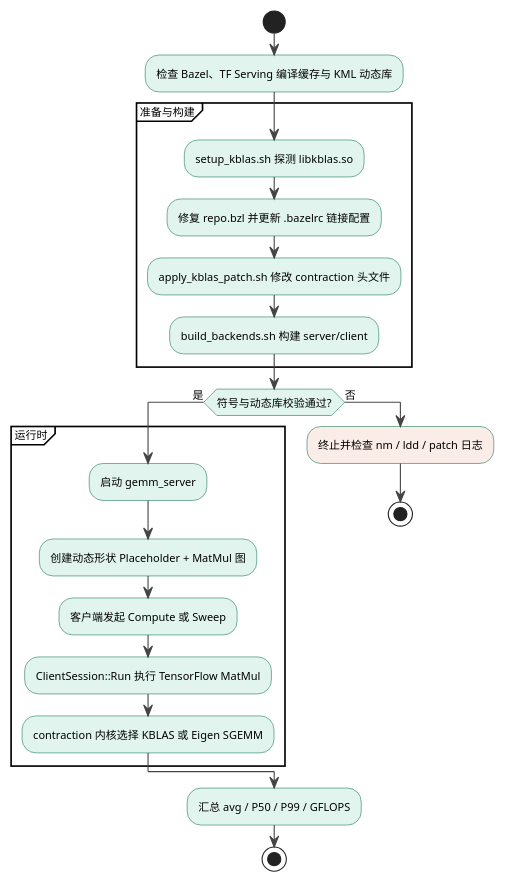
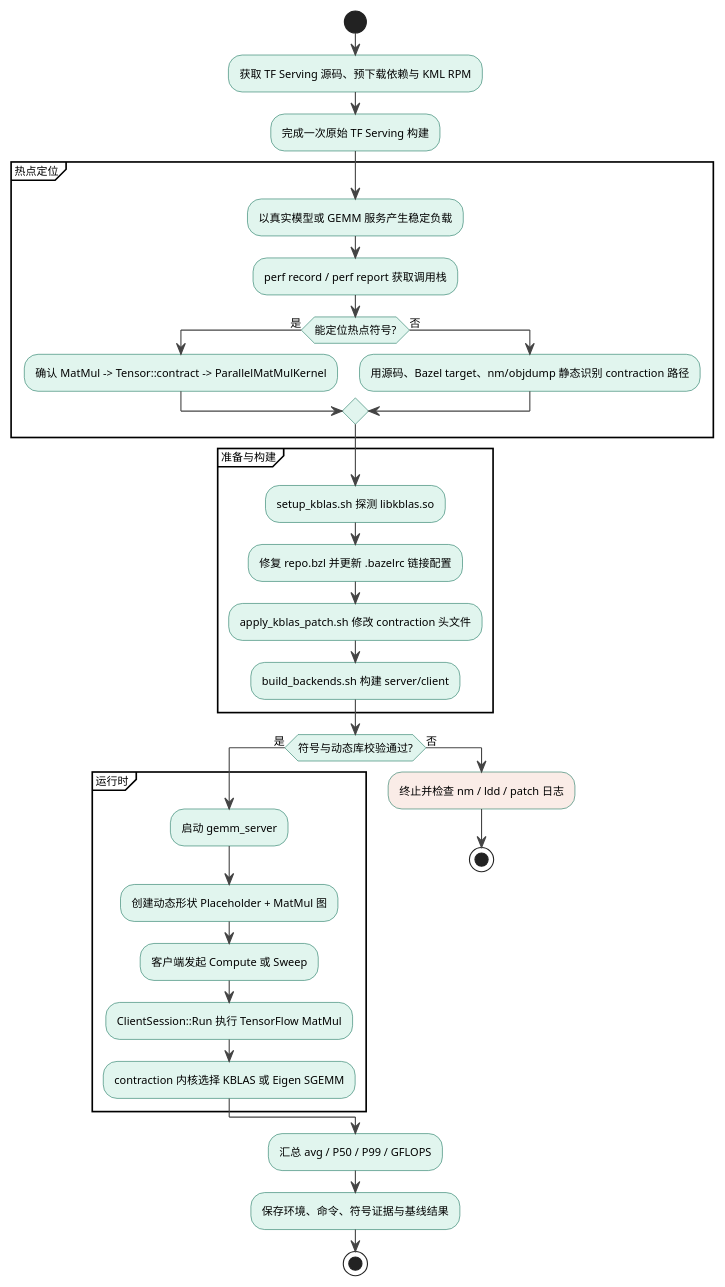
The first of 10 diagrams in references/detailed-design.md (wlmnzf40/kblas-gemm-tuning), drawn with PlantUML before and after one commit. The commit also changed other lines of this file, not shown here.

Commit message:
docs: complete KML replacement workflow

````diff
--- a/references/detailed-design.md
+++ b/references/detailed-design.md
@@ -36,37 +36,49 @@
 ```plantuml
 @startuml
 skinparam defaultFontName "Microsoft YaHei"
 skinparam defaultFontSize 10
 skinparam ActivityBackgroundColor #E1F5EE
 skinparam ActivityBorderColor #0F6E56
 skinparam ArrowColor #444444
 skinparam DiamondBackgroundColor #FAEEDA
 skinparam DiamondBorderColor #854F0B
 
 start
-:检查 Bazel、TF Serving 编译缓存与 KML 动态库;
+:获取 TF Serving 源码、预下载依赖与 KML RPM;
+:完成一次原始 TF Serving 构建;
+
+partition "热点定位" {
+  :以真实模型或 GEMM 服务产生稳定负载;
+  :perf record / perf report 获取调用栈;
+  if (能定位热点符号?) then (是)
+    :确认 MatMul -> Tensor::contract -> ParallelMatMulKernel;
+  else (否)
+    :用源码、Bazel target、nm/objdump 静态识别 contraction 路径;
+  endif
+}
 
 partition "准备与构建" {
   :setup_kblas.sh 探测 libkblas.so;
   :修复 repo.bzl 并更新 .bazelrc 链接配置;
   :apply_kblas_patch.sh 修改 contraction 头文件;
   :build_backends.sh 构建 server/client;
 }
 
 if (符号与动态库校验通过?) then (是)
   partition "运行时" {
     :启动 gemm_server;
     :创建动态形状 Placeholder + MatMul 图;
     :客户端发起 Compute 或 Sweep;
     :ClientSession::Run 执行 TensorFlow MatMul;
     :contraction 内核选择 KBLAS 或 Eigen SGEMM;
   }
 else (否)
   #FAECE7:终止并检查 nm / ldd / patch 日志;
   stop
 endif
 
 :汇总 avg / P50 / P99 / GFLOPS;
+:保存环境、命令、符号证据与基线结果;
 stop
 @enduml
 ```
````
